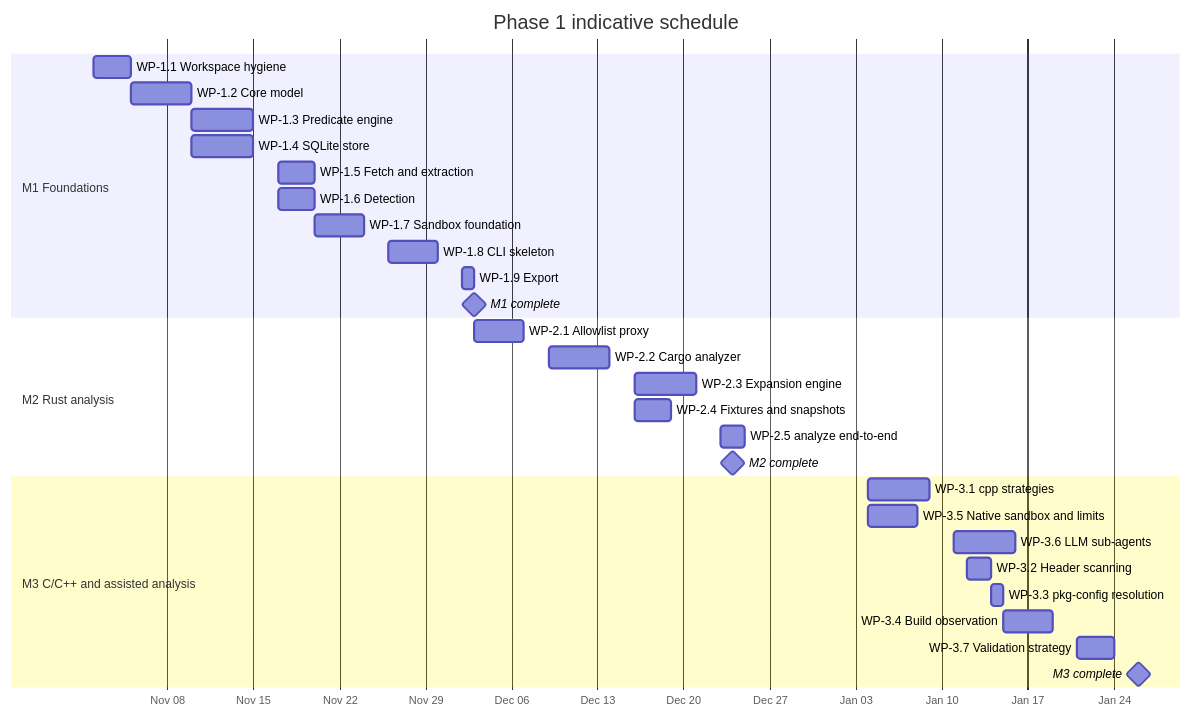
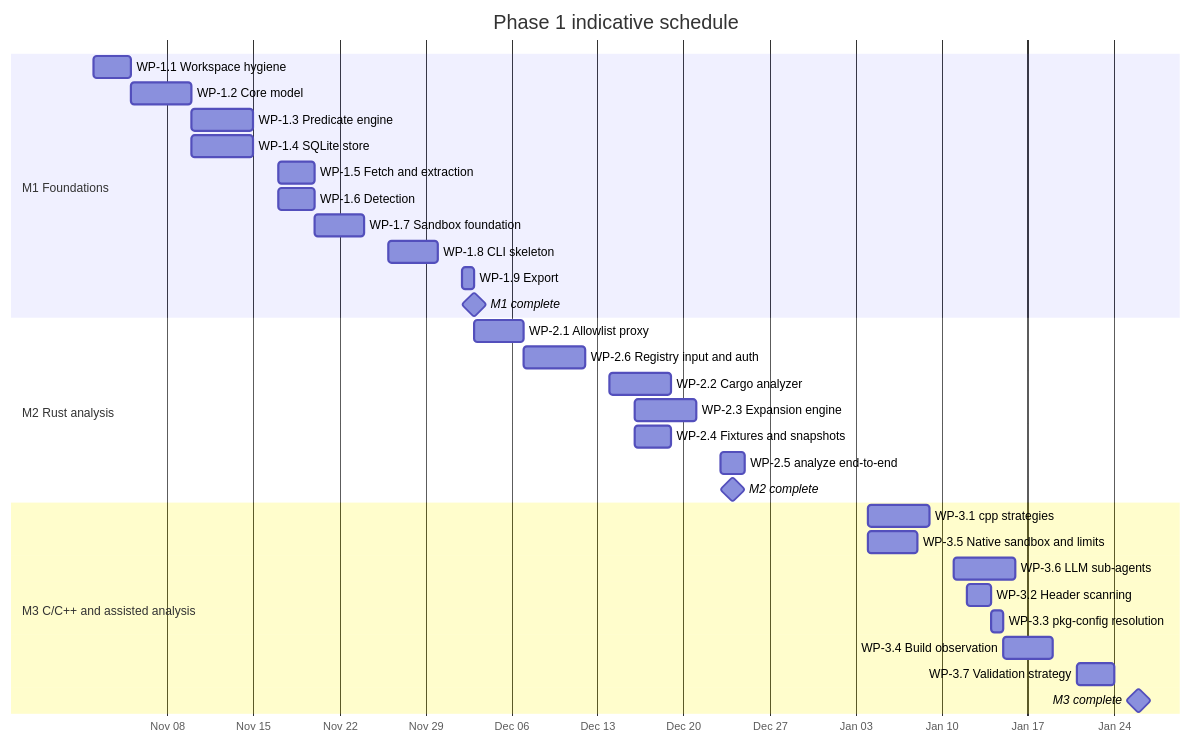
One commit to canonical/robigus changed the second of 2 diagrams in robigus/plans/phase_1_plan.md. Above: the diagram before and after it, drawn with Mermaid. The commit also changed other lines of this file, not shown here.

Commit message:
Update planning to include Cargo registries

````diff
--- a/robigus/plans/phase_1_plan.md
+++ b/robigus/plans/phase_1_plan.md
@@ -75,33 +78,34 @@
 ```mermaid
 gantt
     title Phase 1 indicative schedule
     dateFormat YYYY-MM-DD
     axisFormat %b %d
     section M1 Foundations
     WP-1.1 Workspace hygiene            :m11, 2026-11-02, 3d
     WP-1.2 Core model                   :m12, 2026-11-05, 5d
     WP-1.3 Predicate engine             :m13, 2026-11-10, 5d
     WP-1.4 SQLite store                 :m14, 2026-11-10, 5d
     WP-1.5 Fetch and extraction         :m15, 2026-11-17, 3d
     WP-1.6 Detection                    :m16, 2026-11-17, 3d
     WP-1.7 Sandbox foundation           :m17, 2026-11-20, 4d
     WP-1.8 CLI skeleton                 :m18, 2026-11-26, 4d
     WP-1.9 Export                       :m19, 2026-12-02, 1d
     M1 complete                         :milestone, 2026-12-03, 0d
     section M2 Rust analysis
     WP-2.1 Allowlist proxy              :m21, 2026-12-03, 4d
-    WP-2.2 Cargo analyzer               :m22, 2026-12-09, 5d
+    WP-2.6 Registry input and auth      :m26, 2026-12-07, 5d
+    WP-2.2 Cargo analyzer               :m22, 2026-12-14, 5d
     WP-2.3 Expansion engine             :m23, 2026-12-16, 5d
     WP-2.4 Fixtures and snapshots       :m24, 2026-12-16, 3d
     WP-2.5 analyze end-to-end           :m25, 2026-12-23, 2d
     M2 complete                         :milestone, 2026-12-24, 0d
     section M3 C/C++ and assisted analysis
     WP-3.1 cpp strategies               :m31, 2027-01-04, 5d
     WP-3.5 Native sandbox and limits    :m35, 2027-01-04, 4d
     WP-3.6 LLM sub-agents               :m36, 2027-01-11, 5d
     WP-3.2 Header scanning              :m32, 2027-01-12, 2d
     WP-3.3 pkg-config resolution        :m33, 2027-01-14, 1d
     WP-3.4 Build observation            :m34, 2027-01-15, 4d
     WP-3.7 Validation strategy          :m37, 2027-01-21, 3d
     M3 complete                         :milestone, 2027-01-26, 0d
 ```
````
